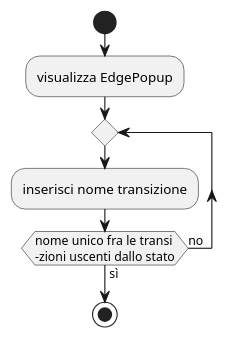
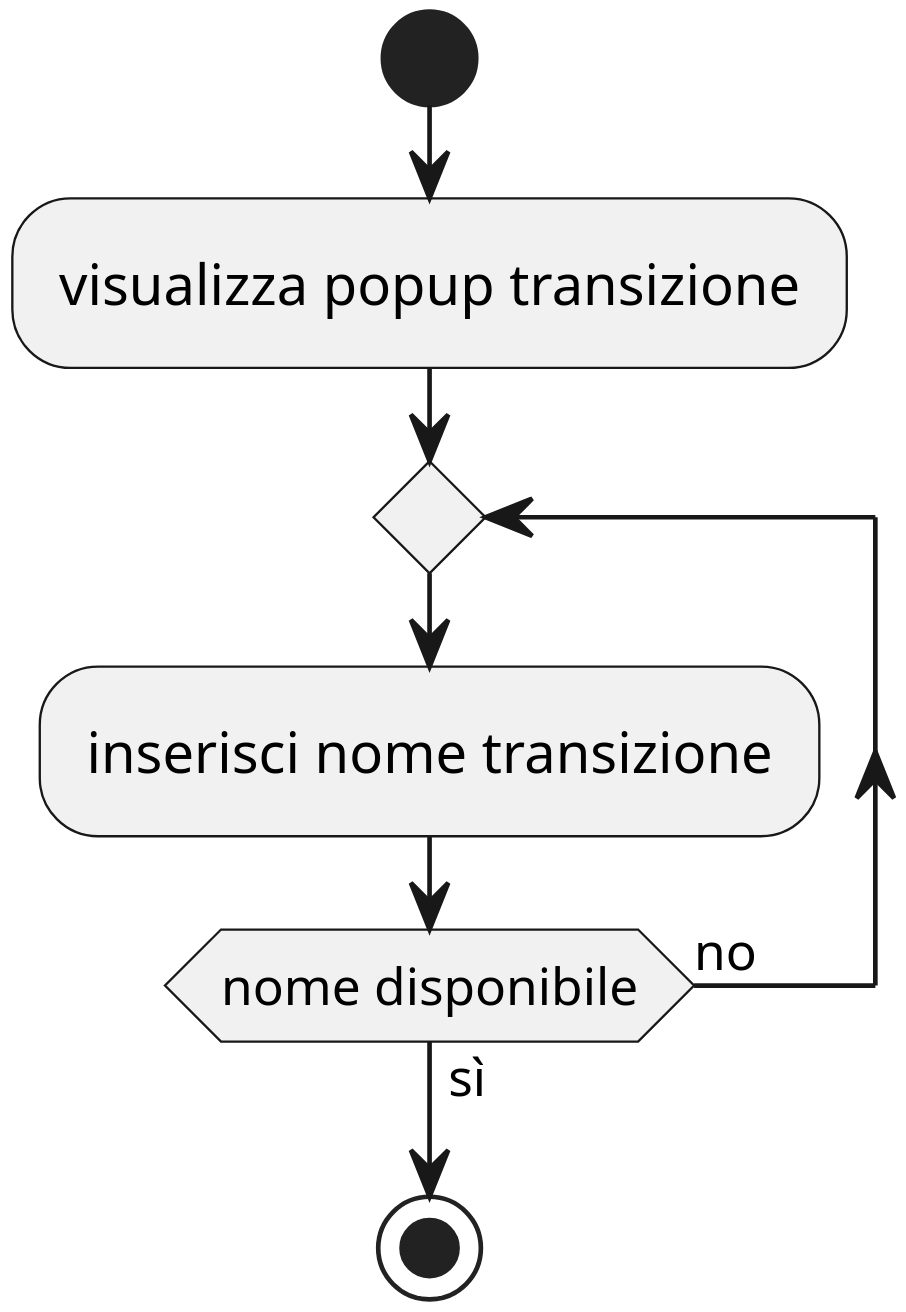
The diagram in plantUML/AddEdgeActivity.puml (ZenoBogoni/Word-Automata), drawn with PlantUML before and after one commit. The commit also changed 11 other files, not shown here.

```diff
--- a/plantUML/AddEdgeActivity.puml
+++ b/plantUML/AddEdgeActivity.puml
@@ -1,8 +1,9 @@
 @startuml
+skinparam dpi 400
 start
-:visualizza EdgePopup;
+:visualizza popup transizione;
 repeat
 :inserisci nome transizione;
-repeat while(nome unico fra le transi\n-zioni uscenti dallo stato) is(no) not(sì)
+repeat while(nome disponibile) is(no) not(sì)
 stop
 @enduml
```
